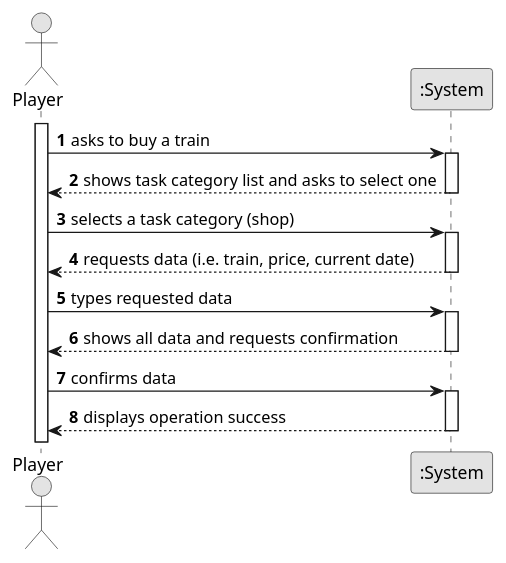
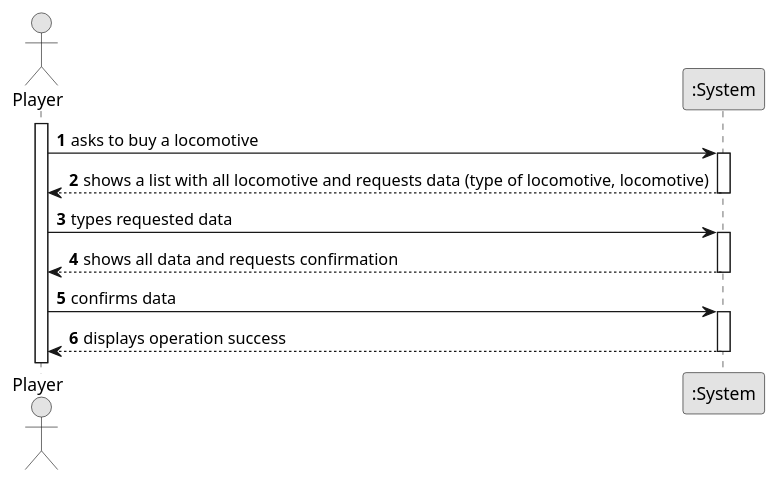
The diagram in docs/(template-files)/US09/01.requirements-engineering.us09/us-Diagram/us09Diagram.puml (Andremonteiro1240850/railway_simulator), drawn with PlantUML before and after one commit. The commit also changed 8 other files, not shown here.

```diff
--- a/docs/(template-files)/US09/01.requirements-engineering.us09/us-Diagram/us09Diagram.puml
+++ b/docs/(template-files)/US09/01.requirements-engineering.us09/us-Diagram/us09Diagram.puml
@@ -1,36 +1,30 @@
 @startuml
 skinparam monochrome true
 skinparam packageStyle rectangle
 skinparam shadowing false
 
 autonumber
 
 actor "Player" as Employee
 participant ":System" as System
 
 activate Employee
 
-    Employee -> System : asks to buy a train
+    Employee -> System : asks to buy a locomotive
     activate System
 
-        System --> Employee : shows task category list and asks to select one
-    deactivate System
-
-    Employee -> System : selects a task category (shop)
-    activate System
-
-        System --> Employee : requests data (i.e. train, price, current date)
+        System --> Employee : shows a list with all locomotive and requests data (type of locomotive, locomotive)
     deactivate System
 
     Employee -> System : types requested data
     activate System
 
         System --> Employee : shows all data and requests confirmation
     deactivate System
 
     Employee -> System : confirms data
     activate System
 
         System --> Employee : displays operation success
     deactivate System
 @enduml
```
